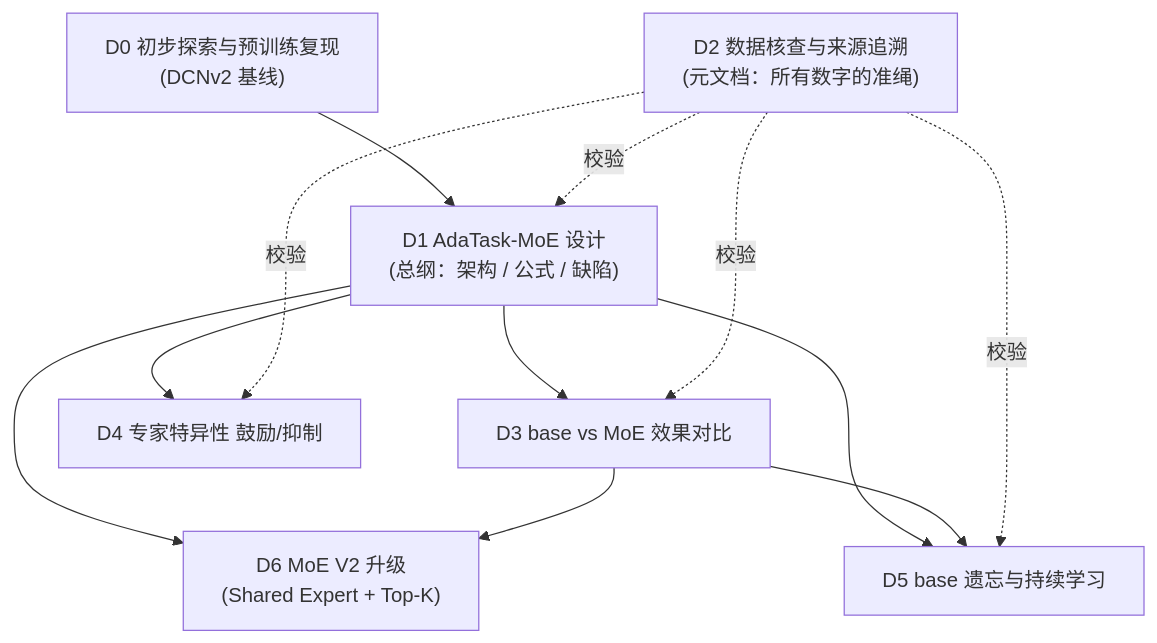
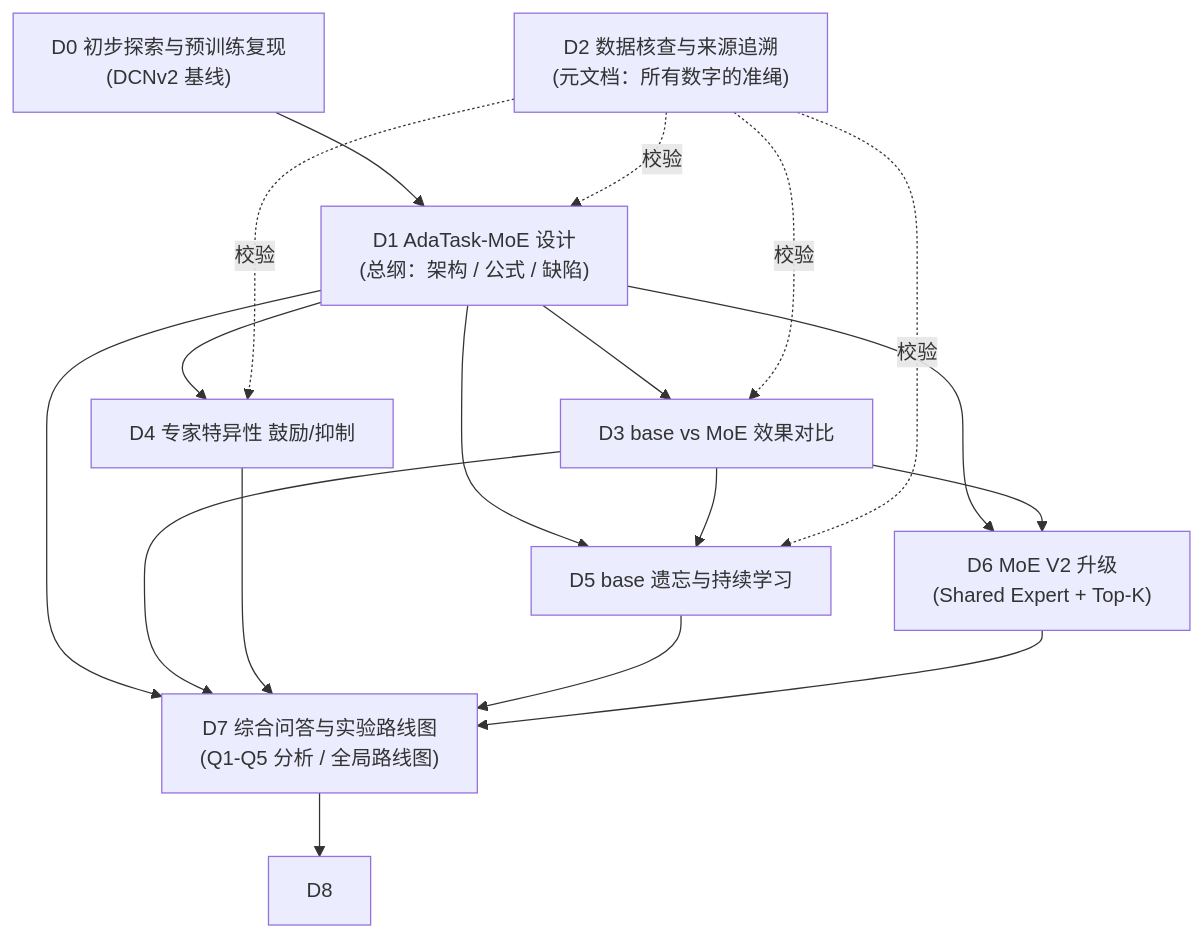
One commit to fabfish/LFM4Ads changed the diagram in docs/DRIVERS.md. Above: the diagram before and after it, drawn with Mermaid. The commit also changed other lines of this file and 18 other files, not shown here.

````diff
--- a/docs/DRIVERS.md
+++ b/docs/DRIVERS.md
@@ -34,22 +36,29 @@
 ```mermaid
 graph TD
     D2["D2 数据核查与来源追溯<br/>(元文档：所有数字的准绳)"]
     D1["D1 AdaTask-MoE 设计<br/>(总纲：架构 / 公式 / 缺陷)"]
     D0["D0 初步探索与预训练复现<br/>(DCNv2 基线)"]
     D3["D3 base vs MoE 效果对比"]
     D4["D4 专家特异性 鼓励/抑制"]
     D5["D5 base 遗忘与持续学习"]
     D6["D6 MoE V2 升级<br/>(Shared Expert + Top-K)"]
+    D7["D7 综合问答与实验路线图<br/>(Q1-Q5 分析 / 全局路线图)"]
 
     D0 --> D1
     D1 --> D3
     D1 --> D4
     D1 --> D5
     D1 --> D6
+    D1 --> D7
     D3 --> D6
     D3 --> D5
+    D3 --> D7
+    D4 --> D7
+    D5 --> D7
+    D6 --> D7
+    D7 --> D8
     D2 -. 校验 .-> D3
     D2 -. 校验 .-> D4
     D2 -. 校验 .-> D5
     D2 -. 校验 .-> D1
 ```
````
